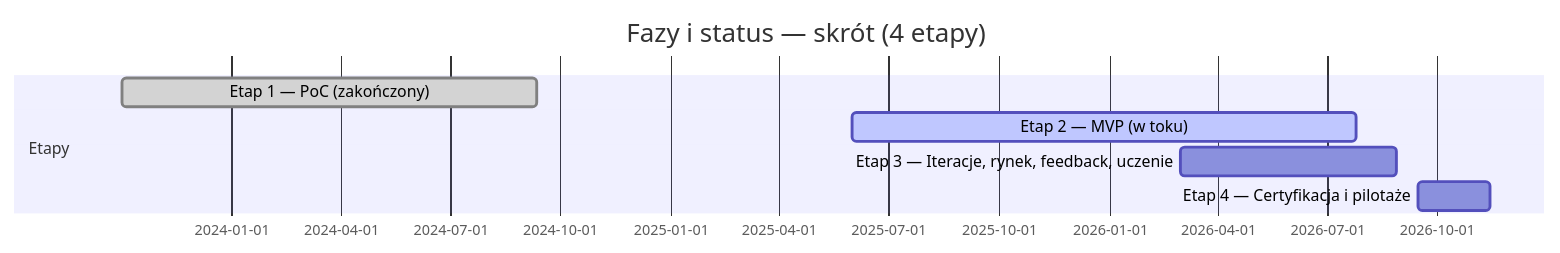
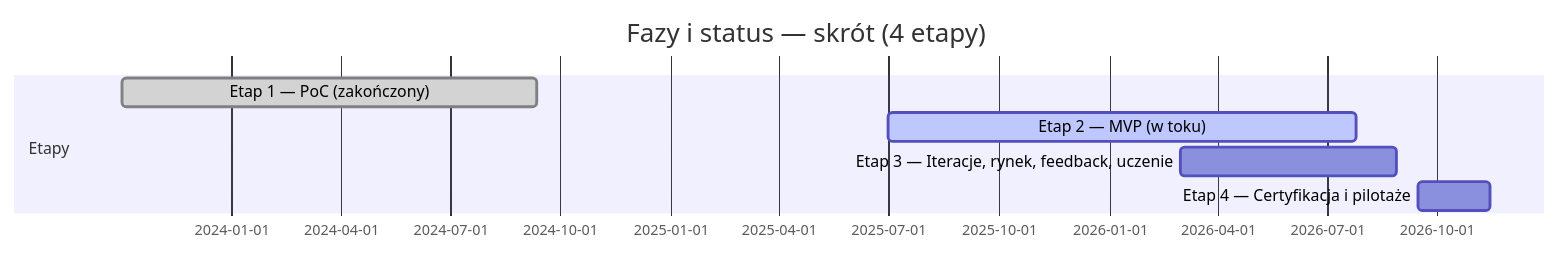
Before and after one commit to TanskiSzymon/food-printer: the first of 3 diagrams in README.md, drawn with Mermaid.

````diff
--- a/README.md
+++ b/README.md
@@ -24,10 +24,10 @@
 ```mermaid
 gantt
   title Fazy i status — skrót (4 etapy)
   dateFormat YYYY-MM-DD
   section Etapy
   Etap 1 — PoC (zakończony)                    :done,    poc1, 2023-10-02, 2024-09-11
-  Etap 2 — MVP (w toku)                        :active,  mvp2, 2025-06-01, 420d
+  Etap 2 — MVP (w toku)                        :active,  mvp2, 2025-07-01, 390d
   Etap 3 — Iteracje, rynek, feedback, uczenie  :         it3,  2026-03-01, 180d
   Etap 4 — Certyfikacja i pilotaże             :         cer4, 2026-09-15, 60d
 ```
````
